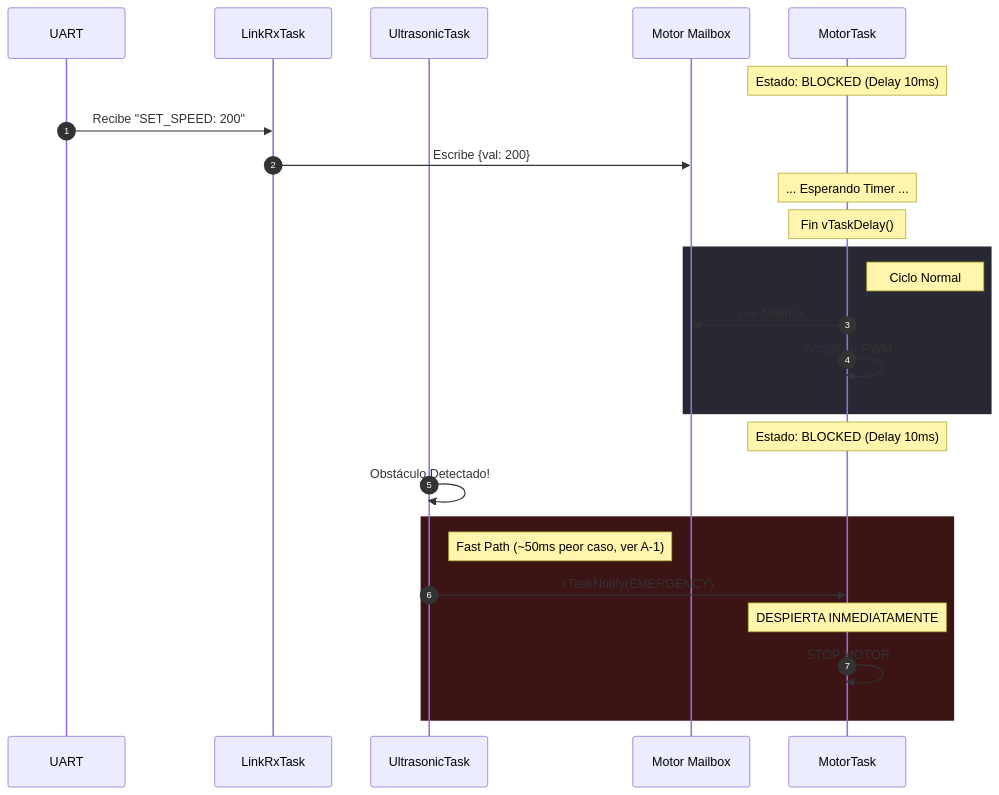
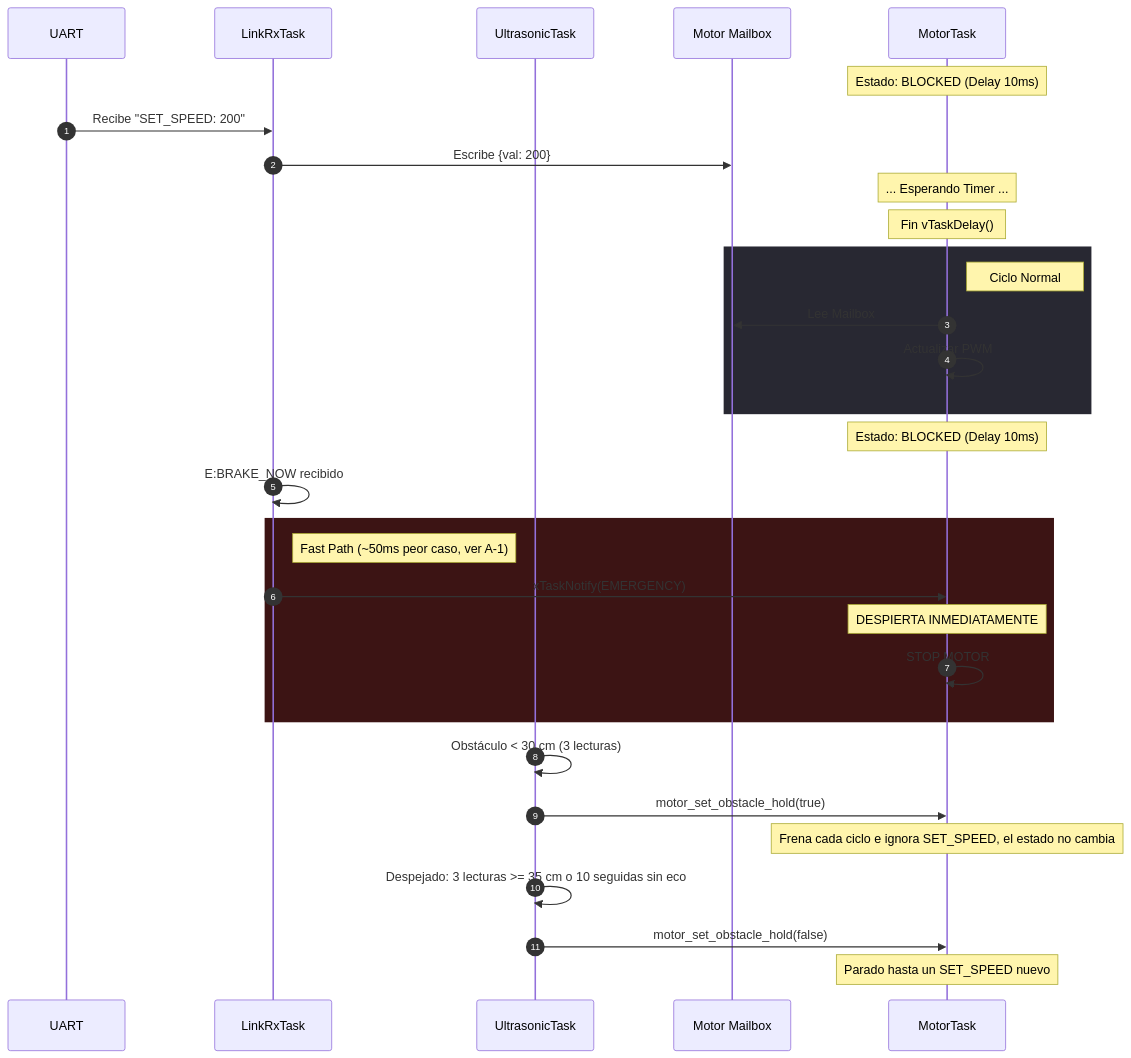
One commit to Bosch-Aura/embedded changed the first of 2 diagrams in README.md. Above: the diagram before and after it, drawn with Mermaid. The commit also changed other lines of this file and 9 other files, not shown here.

First line of the commit message:
frenar ante obstaculos sin desarmar ni pasar a FAULT

````diff
--- a/README.md
+++ b/README.md
@@ -101,34 +101,42 @@
 ```mermaid
 sequenceDiagram
     autonumber
     participant UART
     participant Producer as LinkRxTask
     participant Safety as UltrasonicTask
     participant Data as Motor Mailbox
     participant Consumer as MotorTask
 
     %% CASO 1: COMANDO NORMAL (POLLING)
     Note over Consumer: Estado: BLOCKED (Delay 10ms)
     UART->>Producer: Recibe "SET_SPEED: 200"
     Producer->>Data: Escribe {val: 200}
     
     Note over Consumer: ... Esperando Timer ...
     
     Note over Consumer: Fin vTaskDelay()
     rect rgb(40, 40, 50)
         note right of Consumer: Ciclo Normal
         Consumer->>Data: Lee Mailbox
         Consumer->>Consumer: Actualizar PWM
     end
 
     %% CASO 2: EMERGENCIA (FAST PATH)
     Note over Consumer: Estado: BLOCKED (Delay 10ms)
-    Safety->>Safety: Obstáculo Detectado!
+    Producer->>Producer: E:BRAKE_NOW recibido
     
     rect rgb(60, 20, 20)
-        note right of Safety: Fast Path (~50ms peor caso, ver A-1)
-        Safety->>Consumer: xTaskNotify(EMERGENCY)
+        note right of Producer: Fast Path (~50ms peor caso, ver A-1)
+        Producer->>Consumer: xTaskNotify(EMERGENCY)
         Note over Consumer: DESPIERTA INMEDIATAMENTE
         Consumer->>Consumer: STOP MOTOR
     end
+
+    %% CASO 3: OBSTÁCULO (HOLD, SIN FAULT)
+    Safety->>Safety: Obstáculo < 30 cm (3 lecturas)
+    Safety->>Consumer: motor_set_obstacle_hold(true)
+    Note over Consumer: Frena cada ciclo e ignora SET_SPEED, el estado no cambia
+    Safety->>Safety: Despejado: 3 lecturas >= 35 cm o 10 seguidas sin eco
+    Safety->>Consumer: motor_set_obstacle_hold(false)
+    Note over Consumer: Parado hasta un SET_SPEED nuevo
 ```
````
